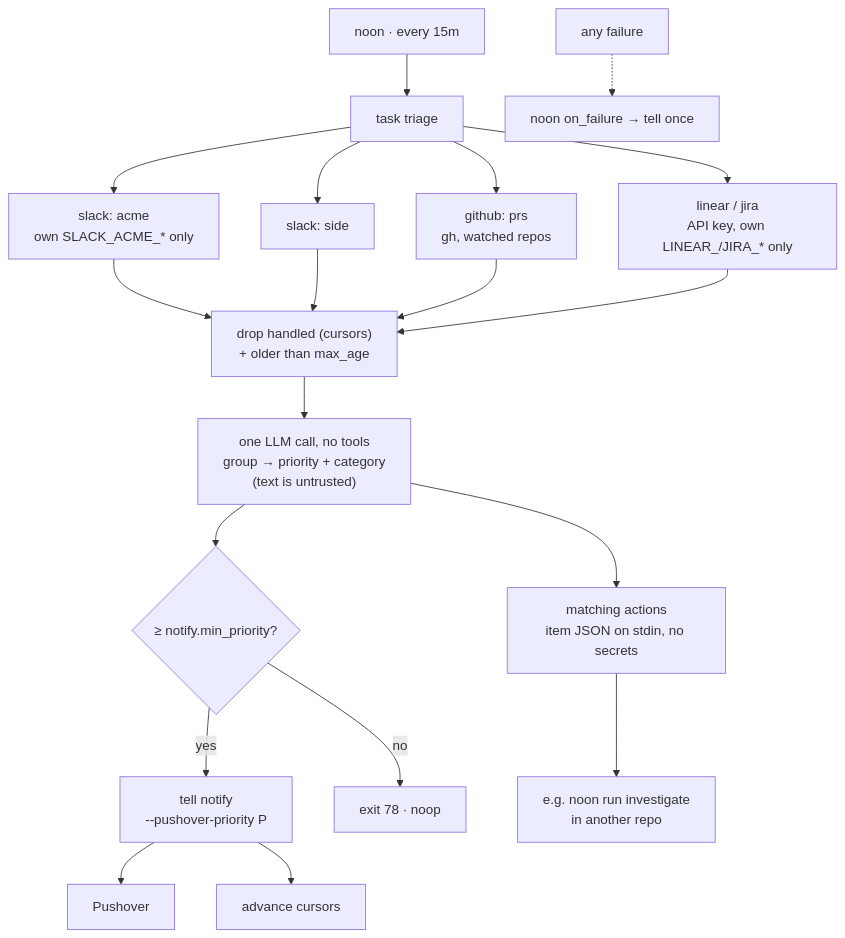
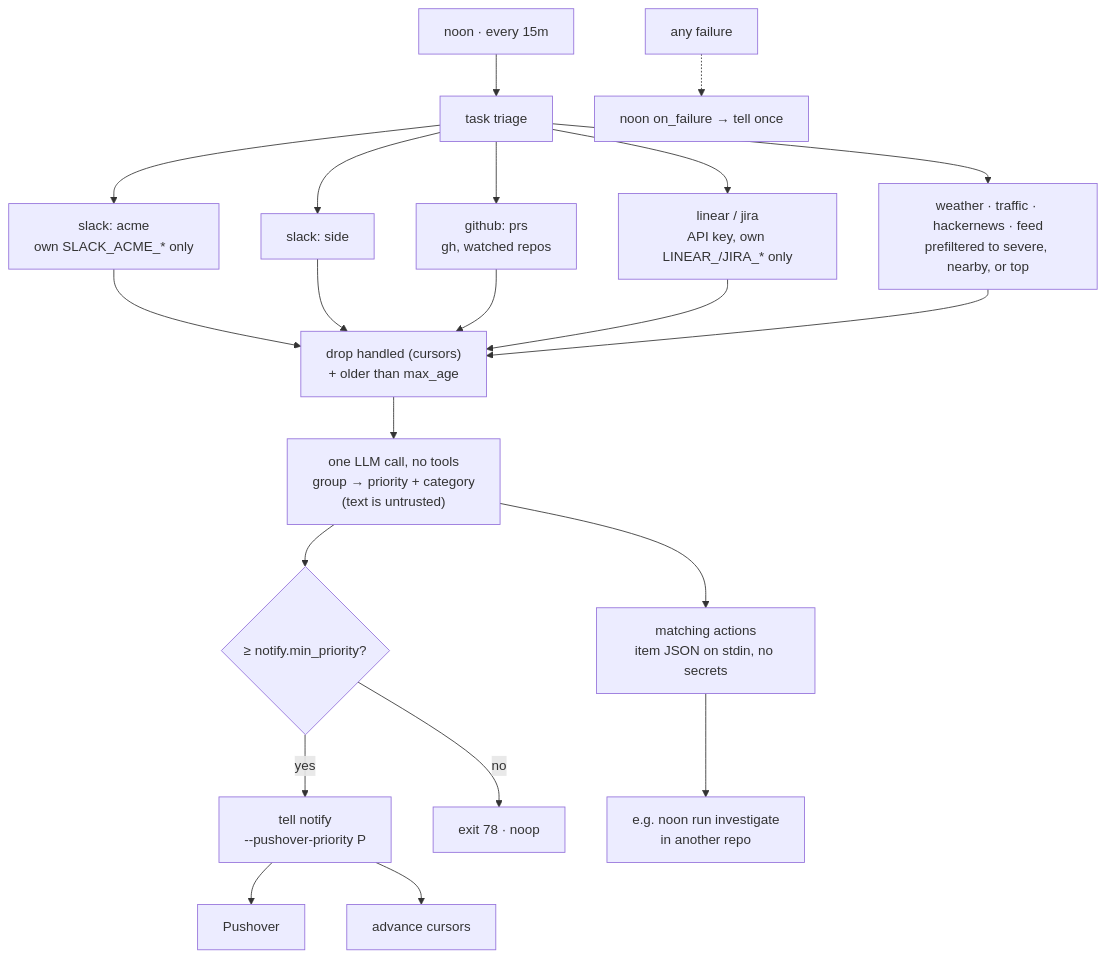
One commit to brettinternet/watch changed the diagram in README.md. Above: the diagram before and after it, drawn with Mermaid. The commit also changed other lines of this file and 16 other files, not shown here.

Commit message:
feat: add weather, traffic, hackernews, and feed sources

````diff
--- a/README.md
+++ b/README.md
@@ -5,17 +5,18 @@
 ```mermaid
 flowchart TD
   cron["noon · every 15m"] --> main["task triage"]
   main --> s1["slack: acme<br/>own SLACK_ACME_* only"]
   main --> s2["slack: side"]
   main --> g1["github: prs<br/>gh, watched repos"]
   main --> t1["linear / jira<br/>API key, own LINEAR_/JIRA_* only"]
-  s1 & s2 & g1 & t1 --> dedupe["drop handled (cursors)<br/>+ older than max_age"]
+  main --> w1["weather · traffic · hackernews · feed<br/>prefiltered to severe, nearby, or top"]
+  s1 & s2 & g1 & t1 & w1 --> dedupe["drop handled (cursors)<br/>+ older than max_age"]
   dedupe --> llm["one LLM call, no tools<br/>group → priority + category<br/>(text is untrusted)"]
   llm --> prio{"≥ notify.min_priority?"}
   prio -- yes --> tell["tell notify<br/>--pushover-priority P"] --> push["Pushover"]
   prio -- no --> noop["exit 78 · noop"]
   llm --> act["matching actions<br/>item JSON on stdin, no secrets"]
   act --> agent["e.g. noon run investigate<br/>in another repo"]
   tell --> cursors["advance cursors"]
   fail["any failure"] -.-> hook["noon on_failure → tell once"]
 ```
````
